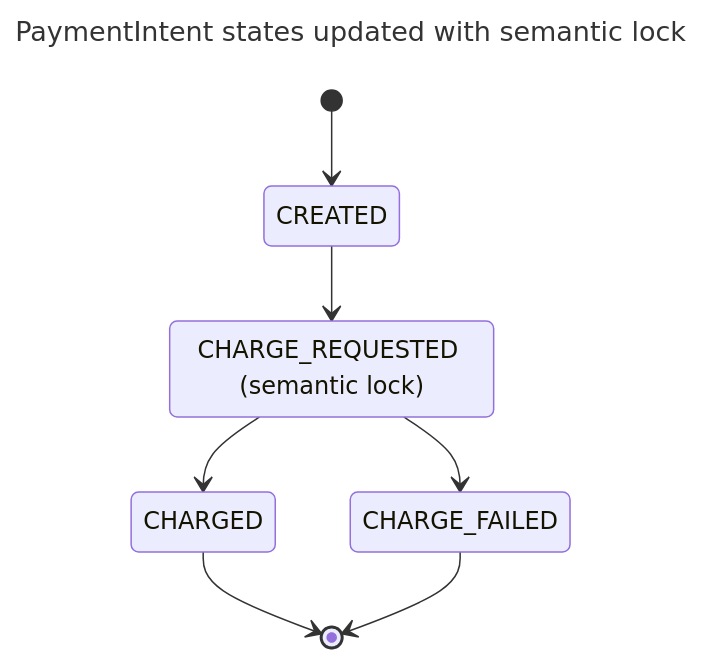
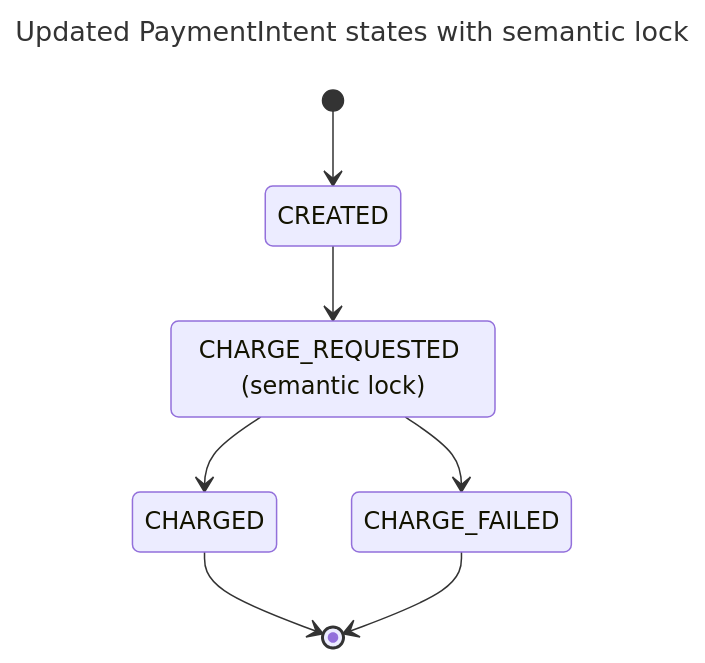
One commit to filipsnastins/concurrency-control-with-dynamodb changed the fifth of 6 diagrams in README.md. Above: the diagram before and after it, drawn with Mermaid. The commit also changed other lines of this file, not shown here.

````diff
--- a/README.md
+++ b/README.md
@@ -439,16 +448,16 @@
 ```mermaid
 ---
-title: PaymentIntent states updated with semantic lock
+title: Updated PaymentIntent states with semantic lock
 ---
 stateDiagram-v2
     CHARGE_REQUESTED: CHARGE_REQUESTED (semantic lock)
 
     [*] --> CREATED
     CREATED --> CHARGE_REQUESTED
 
     CHARGE_REQUESTED --> CHARGED
     CHARGE_REQUESTED --> CHARGE_FAILED
 
     CHARGED --> [*]
     CHARGE_FAILED --> [*]
 ```
````
